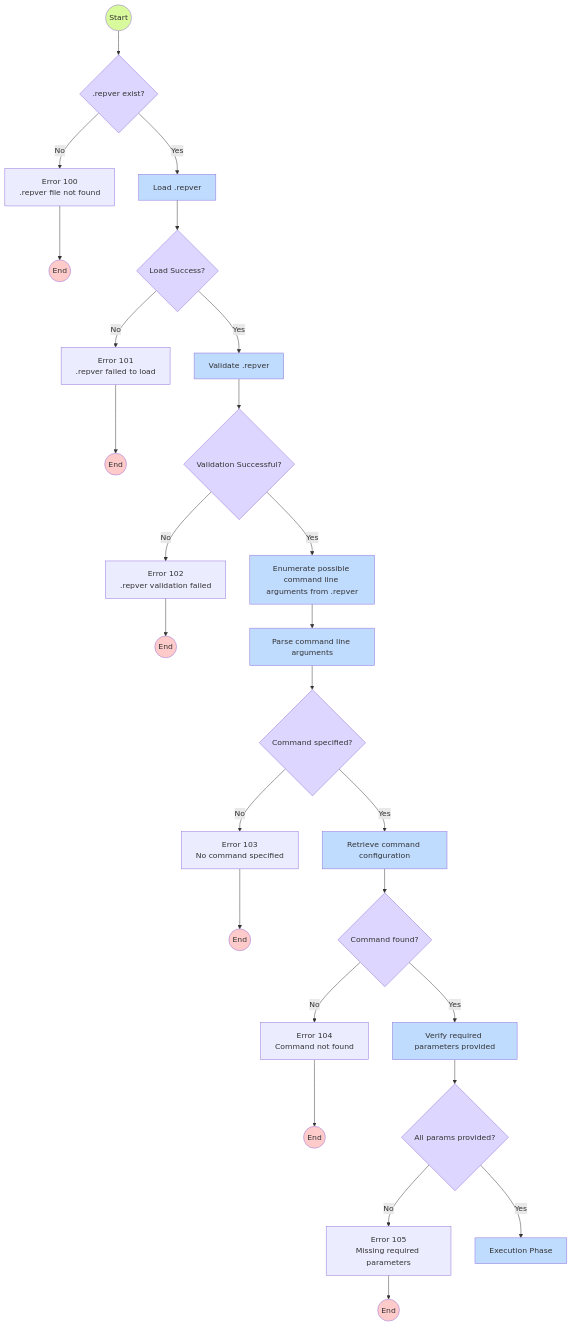
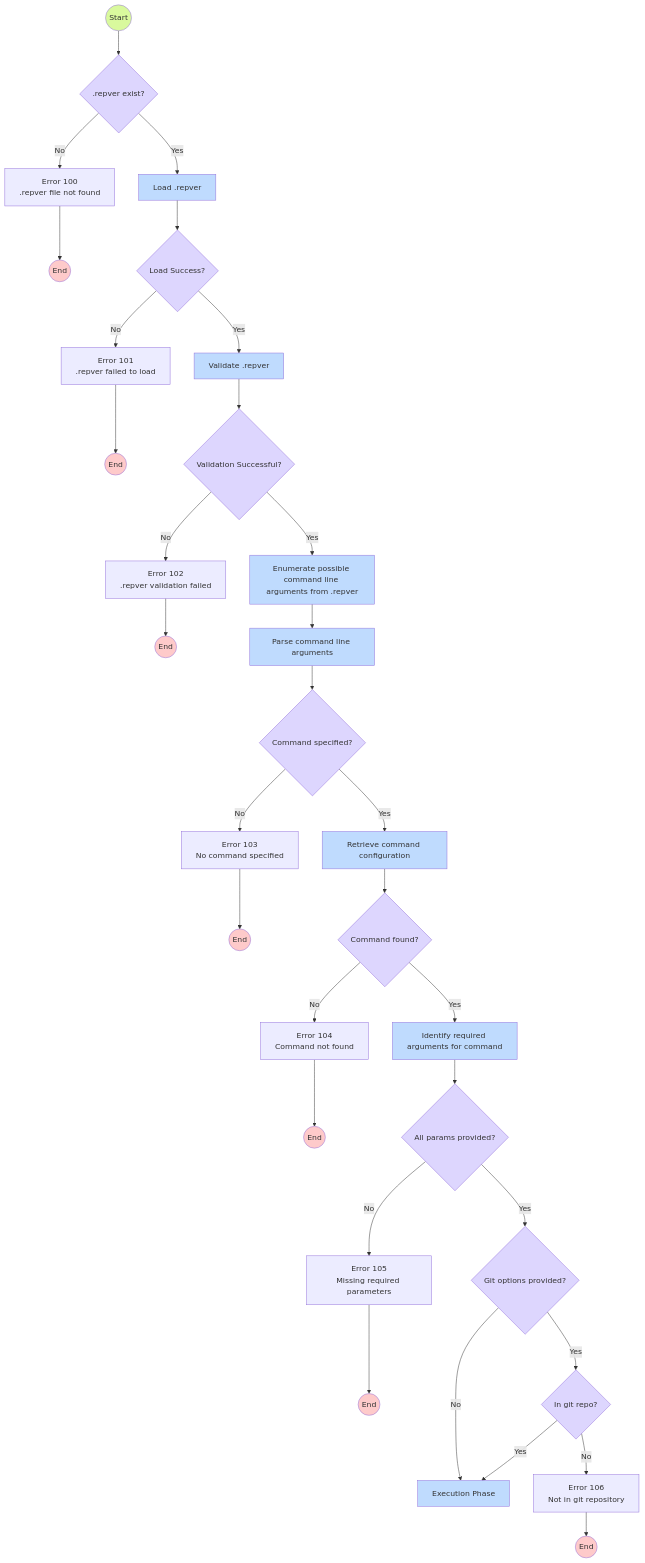
One commit to UnitVectorY-Labs/repver changed the diagram in docs/PROCESSFLOW.md. Above: the diagram before and after it, drawn with Mermaid. The commit also changed 3 other files, not shown here.

Commit message:
Enhance PROCESSFLOW documentation and implement Git options validation in repver

````diff
--- a/docs/PROCESSFLOW.md
+++ b/docs/PROCESSFLOW.md
@@ -14,47 +14,53 @@
 ```mermaid
 flowchart TD
     %% Initial configuration loading and parameter verification
     Start((Start)) --> DConfigExists{.repver exist?}
     DConfigExists -- Yes --> PLoadConfig[Load .repver]
     DConfigExists -- No --> ENoConfig[Error 100<br>.repver file not found]
     ENoConfig --> EndNoConfig((End))
     
     PLoadConfig --> DLoadSuccess{Load Success?}
     DLoadSuccess -- Yes --> PValidateConfig[Validate .repver]
     DLoadSuccess -- No --> ELoadFailed[Error 101<br>.repver failed to load]
     ELoadFailed --> EndLoadFailed((End))
     
     PValidateConfig --> DValidateSuccess{Validation Successful?}
     DValidateSuccess -- No --> EValidateFailed[Error 102<br>.repver validation failed]
     EValidateFailed --> EndValidateFailed((End))
     DValidateSuccess -- Yes --> PCommandArgs[Enumerate possible command line arguments from .repver]
     
     PCommandArgs --> PParseFlags[Parse command line arguments]
     PParseFlags --> DCommandSpecified{Command specified?}
     DCommandSpecified -- Yes --> PGetCommand[Retrieve command configuration]
     DCommandSpecified -- No --> ENoCommand[Error 103<br>No command specified]
     ENoCommand --> EndNoCommand((End))
     
     PGetCommand --> DCommandFound{Command found?}
-    DCommandFound -- Yes --> PVerifyParams[Verify required parameters provided]
+    DCommandFound -- Yes --> PVerifyParams[Identify required arguments for command]
     DCommandFound -- No --> ECommandNotFound[Error 104<br>Command not found]
     ECommandNotFound --> EndCommandNotFound((End))
     
     PVerifyParams --> DParamsProvided{All params provided?}
     DParamsProvided -- No --> EMissingParams[Error 105<br>Missing required parameters]
     EMissingParams --> EndMissingParams((End))
-    DParamsProvided -- Yes --> ExecPhase[Execution Phase]
+    DParamsProvided -- Yes --> DGitOptionsProvided{Git options provided?}
+
+    DGitOptionsProvided -- Yes --> DInGitRepo{In git repo?}
+    DGitOptionsProvided -- No --> ExecPhase[Execution Phase]
     
+    DInGitRepo -- No --> ENoGitRepo[Error 106<br>Not in git repository]
+    ENoGitRepo --> EndNoGitRepo((End))
+    DInGitRepo -- Yes --> ExecPhase
     
     %% Style definitions
     classDef startStyle fill:#d9f99d;
     classDef endStyle fill:#fecaca;
     classDef processStyle fill:#bfdbfe;
     classDef decisionStyle fill:#ddd6fe;
     
     %% Apply styles
     class Start startStyle;
-    class EndNoConfig,EndLoadFailed,EndValidateFailed,EndNoCommand,EndCommandNotFound,EndMissingParams endStyle;
+    class EndNoConfig,EndLoadFailed,EndValidateFailed,EndNoCommand,EndCommandNotFound,EndMissingParams,EndNoGitRepo endStyle;
     class PLoadConfig,PValidateConfig,PCommandArgs,PParseFlags,PGetCommand,PVerifyParams,ExecPhase processStyle;
-    class DConfigExists,DLoadSuccess,DValidateSuccess,DCommandSpecified,DCommandFound,DParamsProvided decisionStyle;
+    class DConfigExists,DLoadSuccess,DValidateSuccess,DCommandSpecified,DCommandFound,DParamsProvided,DGitOptionsProvided,DInGitRepo decisionStyle;
 ```
````
